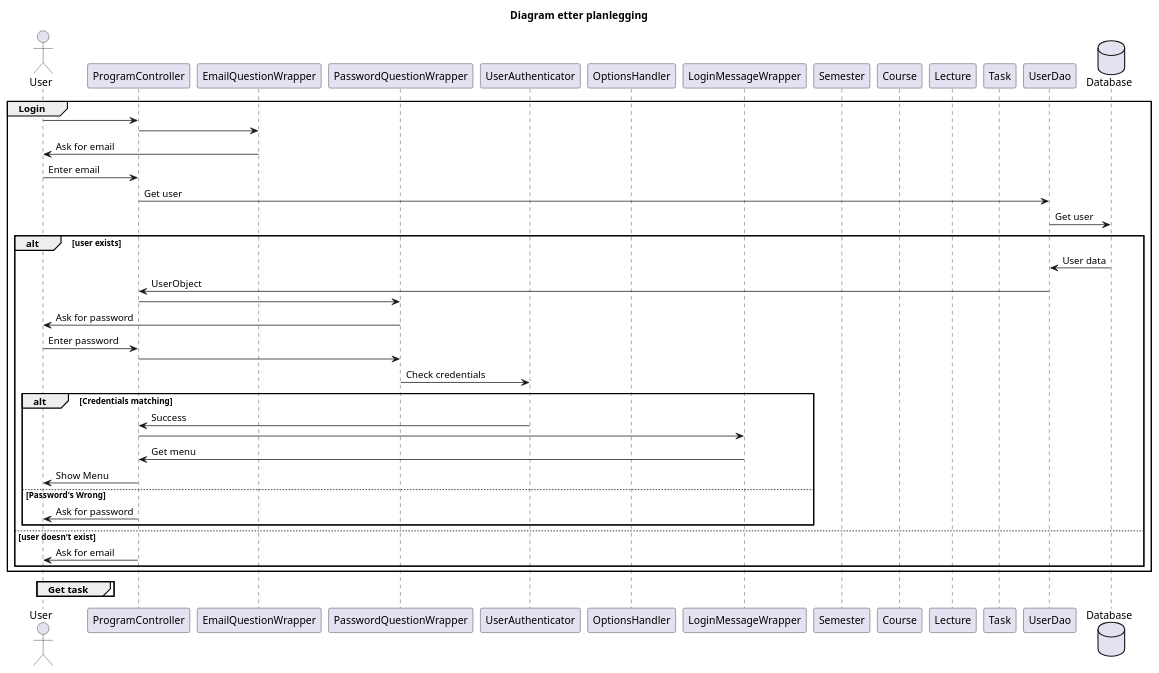
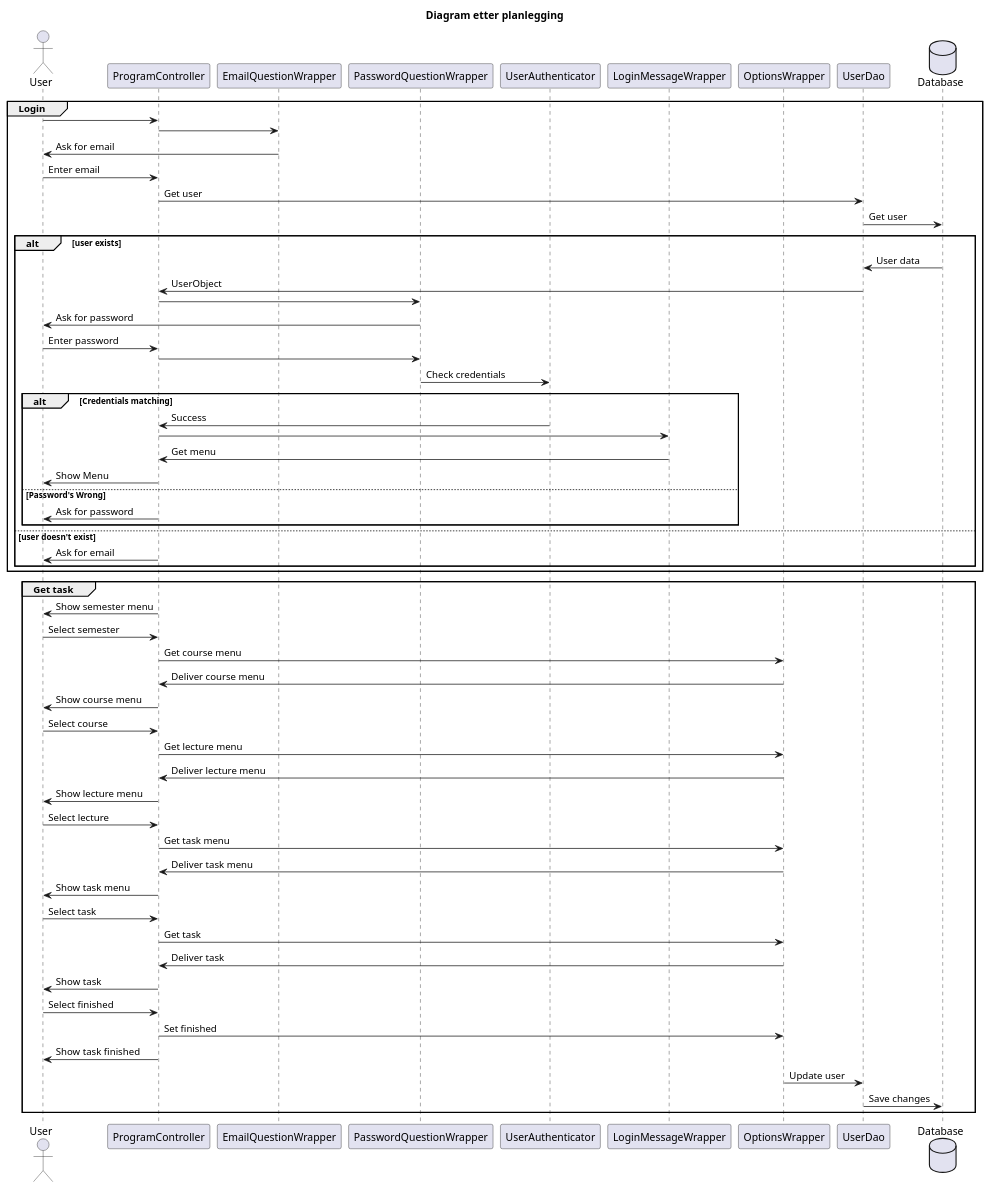
One commit to mariebmo-edu/pg3302-software-design-eksamen changed the diagram in documentation/SequenceDiagram_Final.puml. Above: the diagram before and after it, drawn with PlantUML.

Commit message:
Sekvensdiagram ish ferdig

```diff
--- a/documentation/SequenceDiagram_Final.puml
+++ b/documentation/SequenceDiagram_Final.puml
@@ -1,53 +1,70 @@
 @startuml
 title Diagram etter planlegging
 
 actor User
 participant ProgramController
 participant EmailQuestionWrapper
 participant PasswordQuestionWrapper
 participant UserAuthenticator
-participant OptionsHandler
 participant LoginMessageWrapper
-participant Semester
-participant Course
-participant Lecture
-participant Task
+participant OptionsWrapper
 
 participant UserDao
 database Database
 
 group Login
 	User->ProgramController
 	ProgramController->EmailQuestionWrapper
 	User<-EmailQuestionWrapper:Ask for email
 	User->ProgramController:Enter email
 	ProgramController->UserDao:Get user
 	UserDao->Database:Get user
 	
 	alt user exists 
 	UserDao<-Database:User data
 	ProgramController<-UserDao:UserObject
 	ProgramController->PasswordQuestionWrapper
 	User<-PasswordQuestionWrapper:Ask for password
 	User->ProgramController:Enter password
 	ProgramController->PasswordQuestionWrapper
 	PasswordQuestionWrapper->UserAuthenticator:Check credentials
 	alt Credentials matching
 	    ProgramController<-UserAuthenticator:Success
 	    ProgramController->LoginMessageWrapper
 	    ProgramController<-LoginMessageWrapper:Get menu
 	    User<-ProgramController:Show Menu
     else Password's Wrong
     User<-ProgramController:Ask for password	    
 	end
 	else user doesn't exist 
 	    User<-ProgramController:Ask for email
 	end
 end
 
 group Get task
-
+    User<-ProgramController: Show semester menu
+    User->ProgramController: Select semester
+    ProgramController->OptionsWrapper:Get course menu
+    ProgramController<-OptionsWrapper:Deliver course menu
+    User<-ProgramController:Show course menu
+    User->ProgramController:Select course 
+    ProgramController->OptionsWrapper:Get lecture menu
+    ProgramController<-OptionsWrapper: Deliver lecture menu
+    User<-ProgramController:Show lecture menu
+    User->ProgramController:Select lecture
+    ProgramController->OptionsWrapper:Get task menu
+    ProgramController<-OptionsWrapper:Deliver task menu
+    User<-ProgramController: Show task menu
+    User->ProgramController: Select task
+    ProgramController->OptionsWrapper:Get task
+    ProgramController<-OptionsWrapper:Deliver task
+    User<-ProgramController:Show task
+    User->ProgramController:Select finished
+    ProgramController->OptionsWrapper:Set finished
+    User<-ProgramController:Show task finished
+    OptionsWrapper->UserDao:Update user
+    UserDao->Database:Save changes
 end
 
 
 @enduml
```
